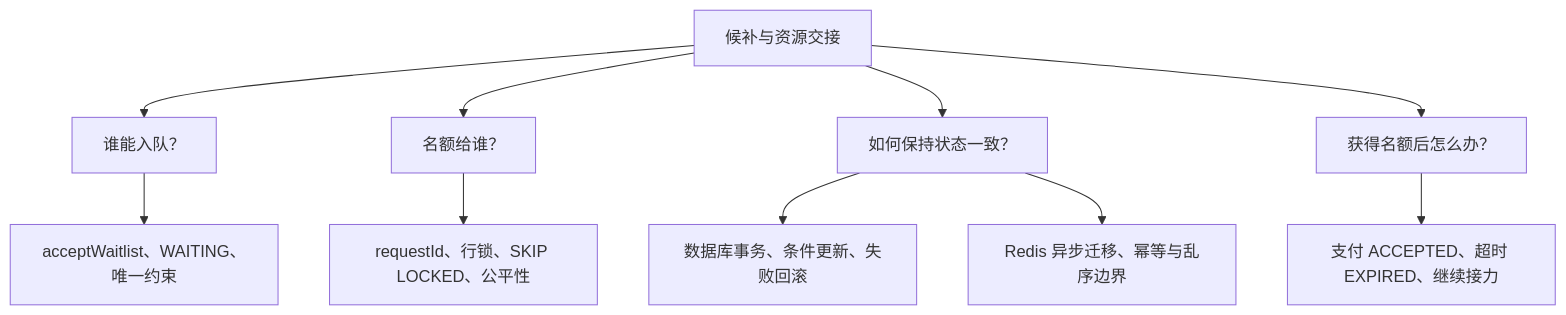
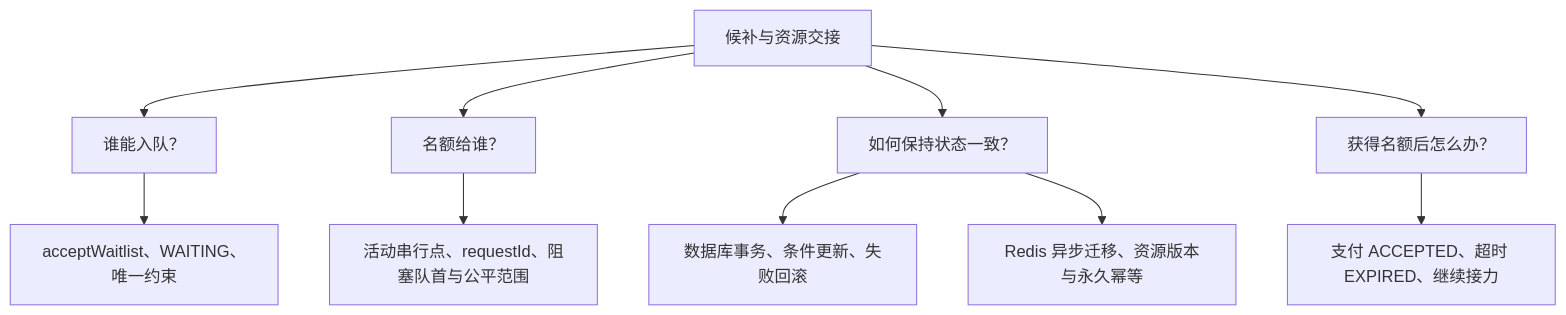
One commit to SyH-101/citypass-platform changed diagram 11 of 11 in 03-候补调度与资源交接.md. Above: the diagram before and after it, drawn with Mermaid. The commit also changed other lines of this file and 1 other file, not shown here.

````diff
--- a/03-候补调度与资源交接.md
+++ b/03-候补调度与资源交接.md
@@ -1337,12 +1385,12 @@
 ```mermaid
 flowchart TD
     A["候补与资源交接"] --> B["谁能入队？"]
     A --> C["名额给谁？"]
     A --> D["如何保持状态一致？"]
     A --> E["获得名额后怎么办？"]
     B --> B1["acceptWaitlist、WAITING、唯一约束"]
-    C --> C1["requestId、行锁、SKIP LOCKED、公平性"]
+    C --> C1["活动串行点、requestId、阻塞队首与公平范围"]
     D --> D1["数据库事务、条件更新、失败回滚"]
-    D --> D2["Redis 异步迁移、幂等与乱序边界"]
+    D --> D2["Redis 异步迁移、资源版本与永久幂等"]
     E --> E1["支付 ACCEPTED、超时 EXPIRED、继续接力"]
 ```
````
